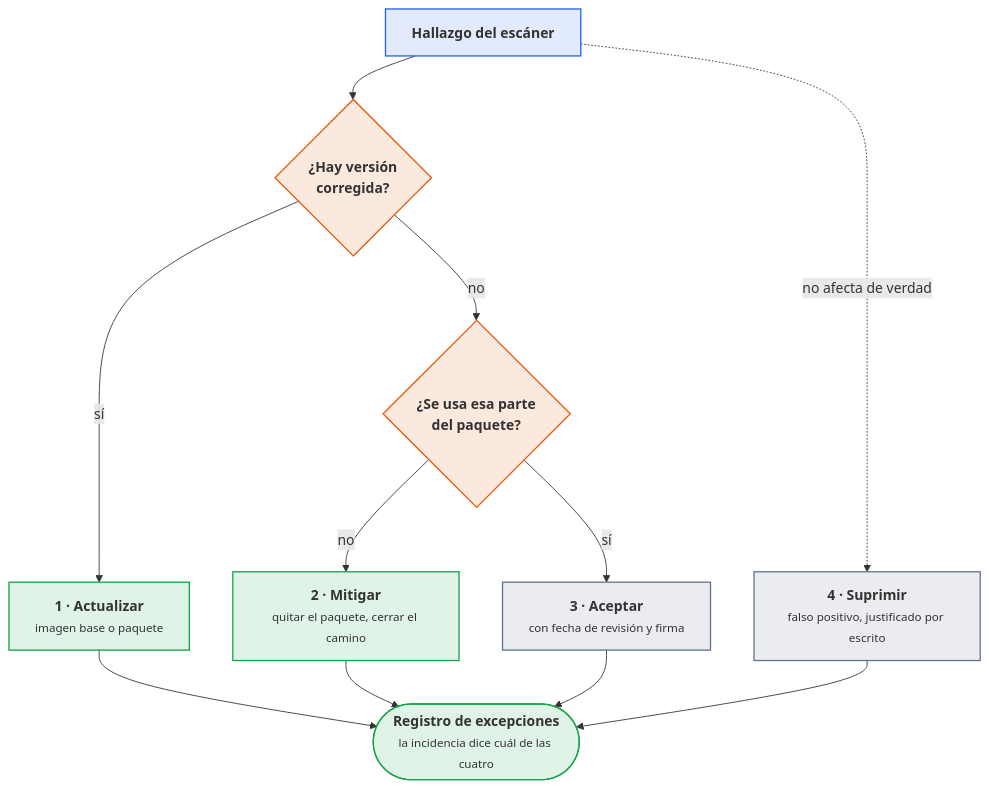
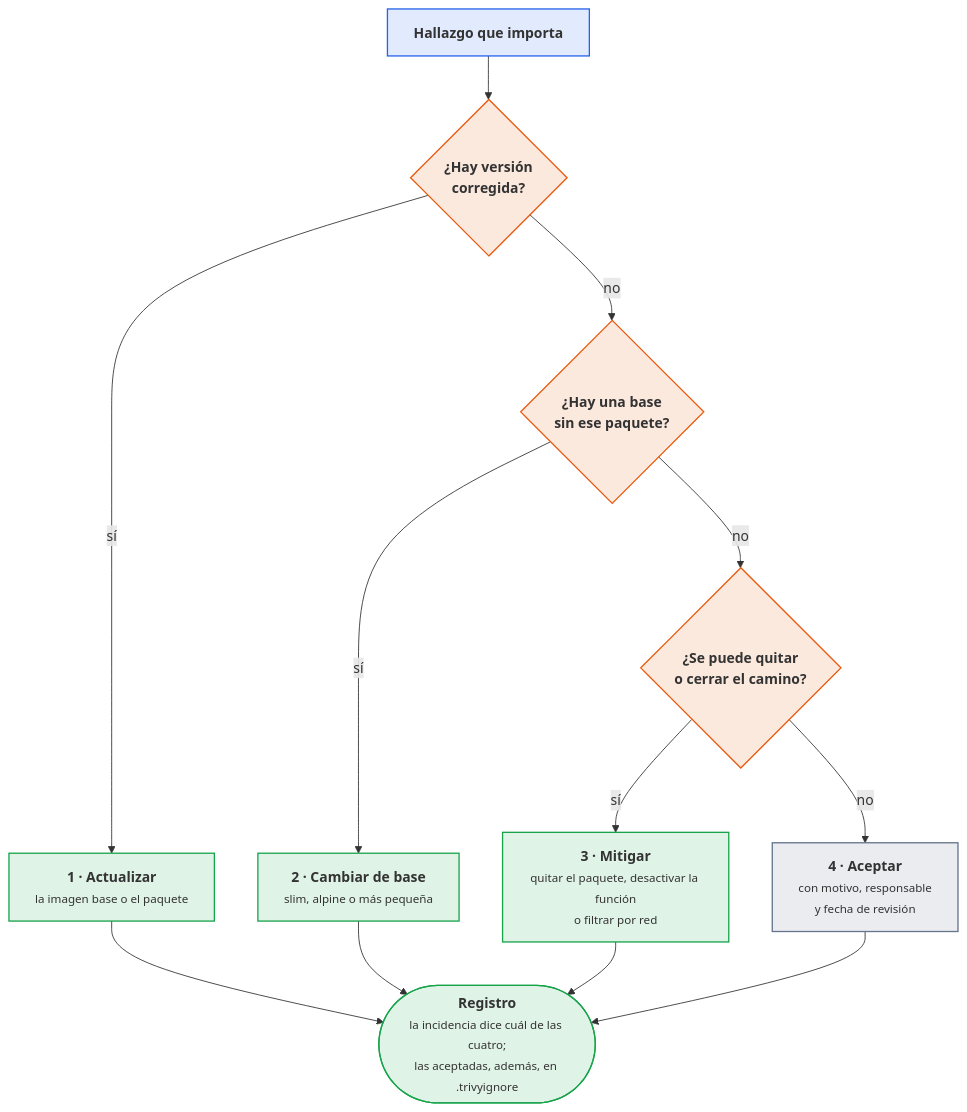
Before and after one commit to victor-educ/apuntes-5169: the third of 4 diagrams in docs/ut/ut7-actualizacion-vulnerabilidades.md, drawn with Mermaid. The commit also changed other lines of this file and 8 other files, not shown here.

First line of the commit message:
Teoría con hilo y hojas que explican la tarea

````diff
--- a/docs/ut/ut7-actualizacion-vulnerabilidades.md
+++ b/docs/ut/ut7-actualizacion-vulnerabilidades.md
@@ -480,24 +517,26 @@
 ```mermaid
 flowchart TB
-    H["<b>Hallazgo del escáner</b>"]:::dato
+    H["<b>Hallazgo que importa</b>"]:::dato
     Q{"<b>¿Hay versión<br>corregida?</b>"}:::act
-    A["<b>1 · Actualizar</b><br><small>imagen base o paquete</small>"]:::ok
-    Q2{"<b>¿Se usa esa parte<br>del paquete?</b>"}:::act
-    M["<b>2 · Mitigar</b><br><small>quitar el paquete, cerrar el camino</small>"]:::ok
-    AC["<b>3 · Aceptar</b><br><small>con fecha de revisión y firma</small>"]:::pieza
-    SUP["<b>4 · Suprimir</b><br><small>falso positivo, justificado por escrito</small>"]:::pieza
-    REG(["<b>Registro de excepciones</b><br><small>la incidencia dice cuál de las cuatro</small>"]):::ok
+    A["<b>1 · Actualizar</b><br><small>la imagen base o el paquete</small>"]:::ok
+    Q2{"<b>¿Hay una base<br>sin ese paquete?</b>"}:::act
+    B["<b>2 · Cambiar de base</b><br><small>slim, alpine o más pequeña</small>"]:::ok
+    Q3{"<b>¿Se puede quitar<br>o cerrar el camino?</b>"}:::act
+    M["<b>3 · Mitigar</b><br><small>quitar el paquete, desactivar la función<br>o filtrar por red</small>"]:::ok
+    AC["<b>4 · Aceptar</b><br><small>con motivo, responsable<br>y fecha de revisión</small>"]:::pieza
+    REG(["<b>Registro</b><br><small>la incidencia dice cuál de las cuatro;<br>las aceptadas, además, en .trivyignore</small>"]):::ok
     H --> Q
     Q -- sí --> A
     Q -- no --> Q2
-    Q2 -- no --> M
-    Q2 -- sí --> AC
-    H -. "no afecta de verdad" .-> SUP
-    A & M & AC & SUP --> REG
+    Q2 -- sí --> B
+    Q2 -- no --> Q3
+    Q3 -- sí --> M
+    Q3 -- no --> AC
+    A & B & M & AC --> REG
     classDef act fill:#ea580c22,stroke:#ea580c,stroke-width:1.5px
     classDef pieza fill:#64748b22,stroke:#64748b,stroke-width:1.5px
     classDef dato fill:#2563eb22,stroke:#2563eb,stroke-width:1.5px
     classDef infra fill:#a1a1aa14,stroke:#a1a1aa,stroke-width:1.5px
     classDef ok fill:#16a34a22,stroke:#16a34a,stroke-width:1.5px
     classDef riesgo fill:#dc262622,stroke:#dc2626,stroke-width:1.5px
 ```
````
